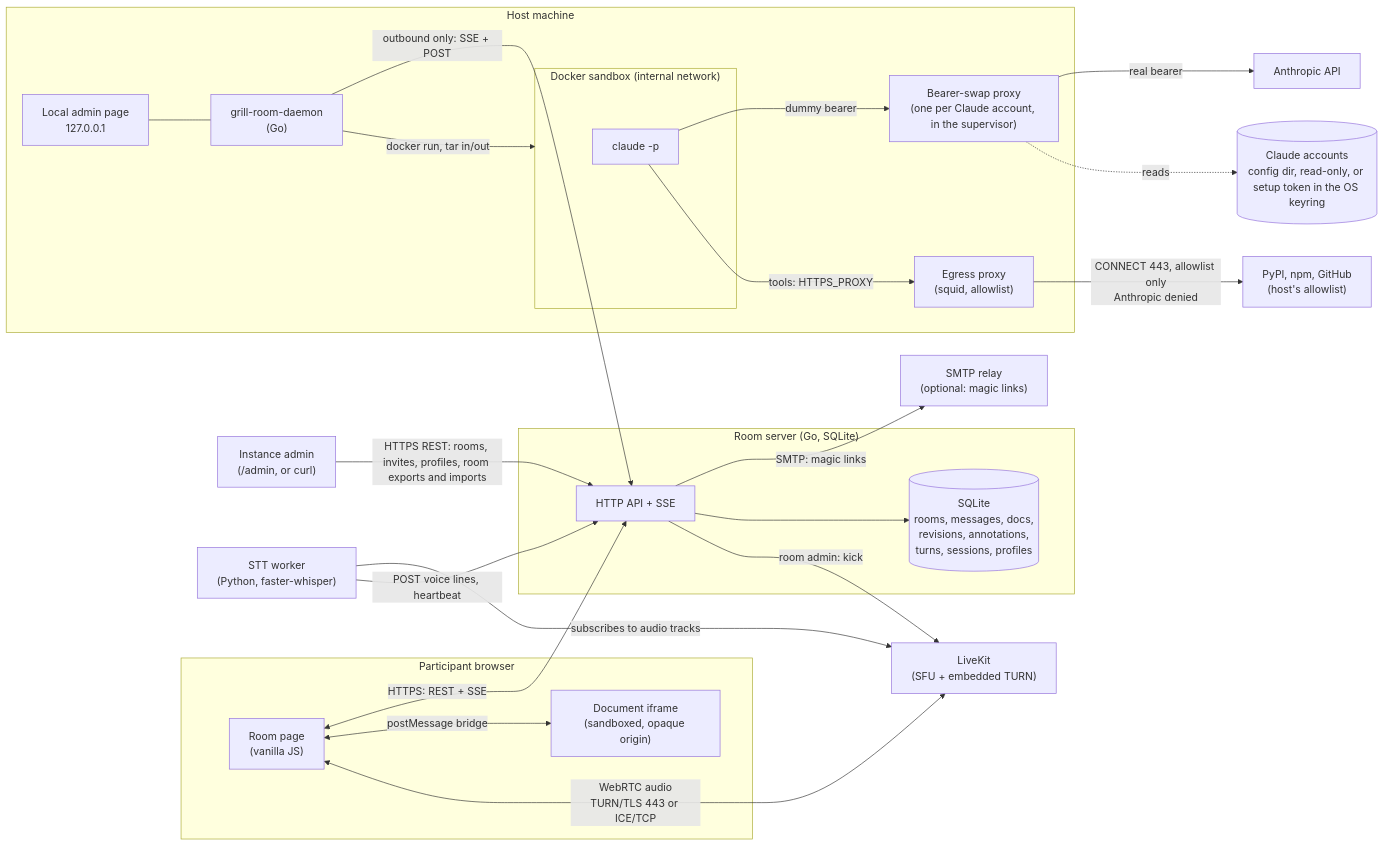
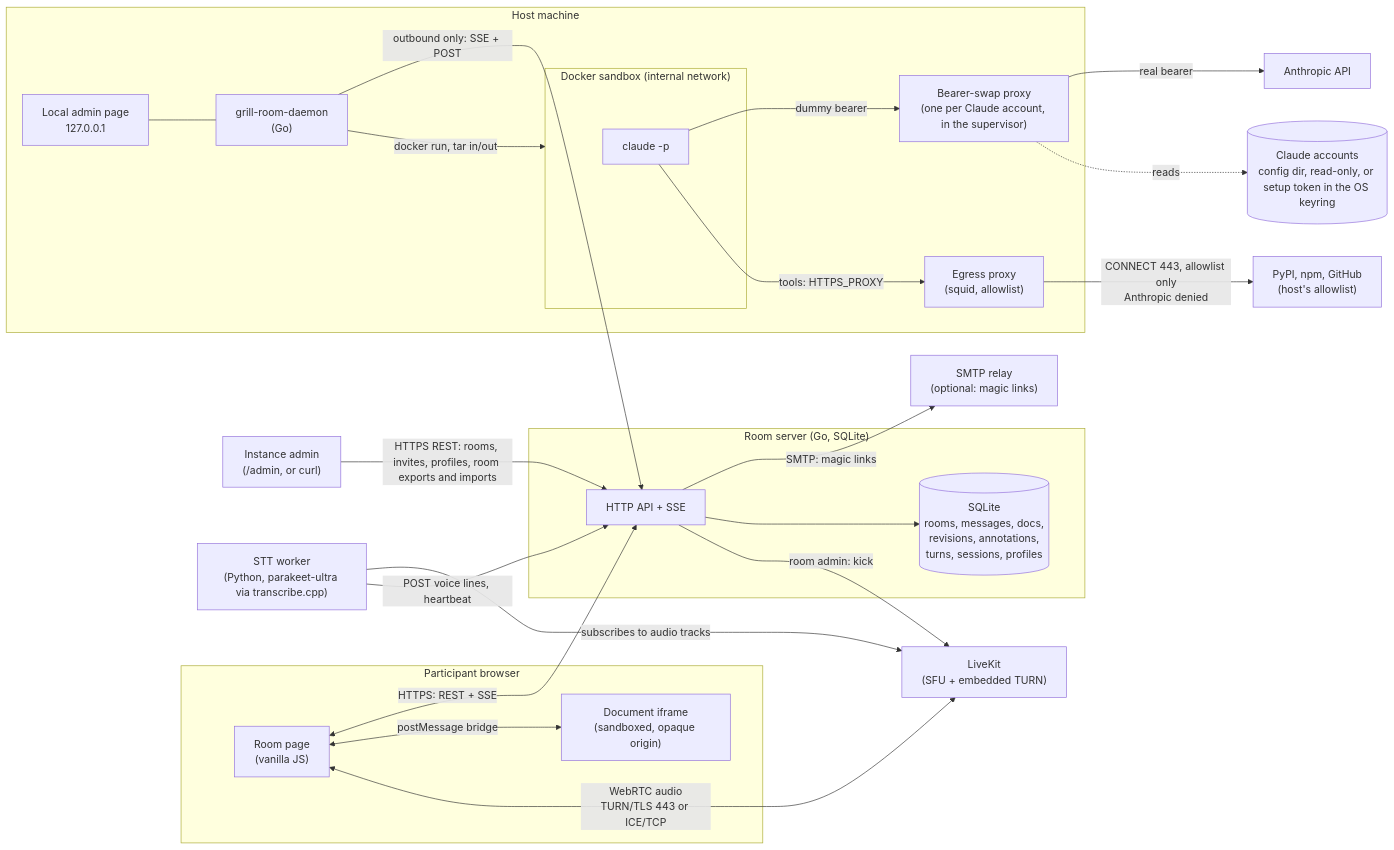
Before and after one commit to babs/grill-room: the diagram in docs/architecture.md, drawn with Mermaid. The commit also changed 34 other files, not shown here.

First line of the commit message:
feat(stt): parakeet-ultra engine through transcribe.cpp

````diff
--- a/docs/architecture.md
+++ b/docs/architecture.md
@@ -5,48 +5,48 @@
 ```mermaid
 flowchart LR
   subgraph Browser["Participant browser"]
     UI["Room page<br/>(vanilla JS)"]
     Frame["Document iframe<br/>(sandboxed, opaque origin)"]
   end
 
   subgraph Server["Room server (Go, SQLite)"]
     API["HTTP API + SSE"]
     Store[("SQLite<br/>rooms, messages, docs,<br/>revisions, annotations,<br/>turns, sessions, profiles")]
   end
 
   AdminC["Instance admin<br/>(/admin, or curl)"]
   SMTP["SMTP relay<br/>(optional: magic links)"]
   LK["LiveKit<br/>(SFU + embedded TURN)"]
-  STT["STT worker<br/>(Python, faster-whisper)"]
+  STT["STT worker<br/>(Python, parakeet-ultra via transcribe.cpp)"]
 
   subgraph Host["Host machine"]
     Daemon["grill-room-daemon<br/>(Go)"]
     Admin["Local admin page<br/>127.0.0.1"]
     Proxy["Bearer-swap proxy<br/>(one per Claude account, in the supervisor)"]
     subgraph Sandbox["Docker sandbox (internal network)"]
       Claude["claude -p"]
     end
     Squid["Egress proxy<br/>(squid, allowlist)"]
   end
 
   Anthropic["Anthropic API"]
   Creds[("Claude accounts<br/>config dir, read-only, or setup token in the OS keyring")]
 
   UI <-->|"HTTPS: REST + SSE"| API
   AdminC -->|"HTTPS REST: rooms, invites, profiles, room exports and imports"| API
   API -->|"SMTP: magic links"| SMTP
   UI <-->|"postMessage bridge"| Frame
   UI <-->|"WebRTC audio<br/>TURN/TLS 443 or ICE/TCP"| LK
   STT -->|"subscribes to audio tracks"| LK
   STT -->|"POST voice lines, heartbeat"| API
   API --> Store
   API -->|"room admin: kick"| LK
   Daemon -->|"outbound only: SSE + POST"| API
   Admin --- Daemon
   Daemon -->|"docker run, tar in/out"| Sandbox
   Claude -->|"dummy bearer"| Proxy
   Proxy -->|"real bearer"| Anthropic
   Claude -->|"tools: HTTPS_PROXY"| Squid
   Squid -->|"CONNECT 443, allowlist only<br/>Anthropic denied"| Internet["PyPI, npm, GitHub<br/>(host's allowlist)"]
   Proxy -.->|"reads"| Creds
 ```
````
